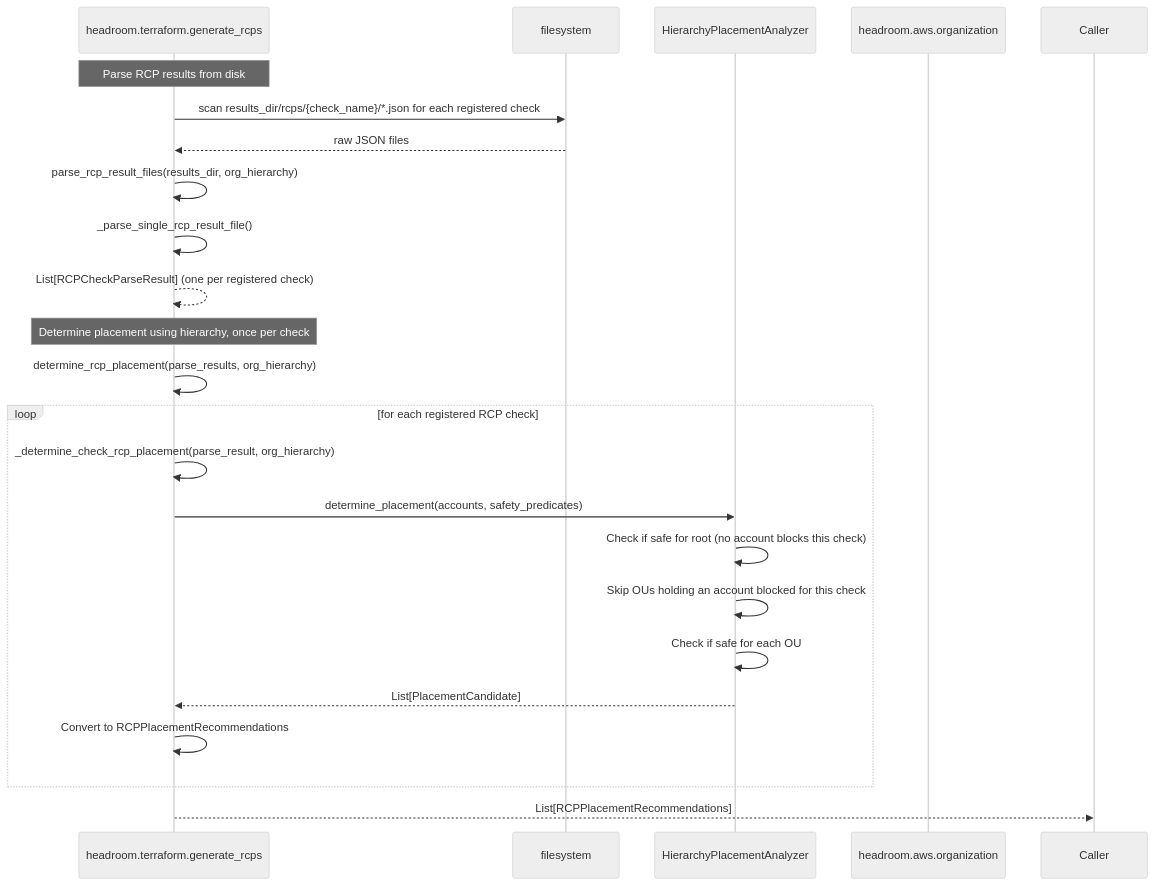
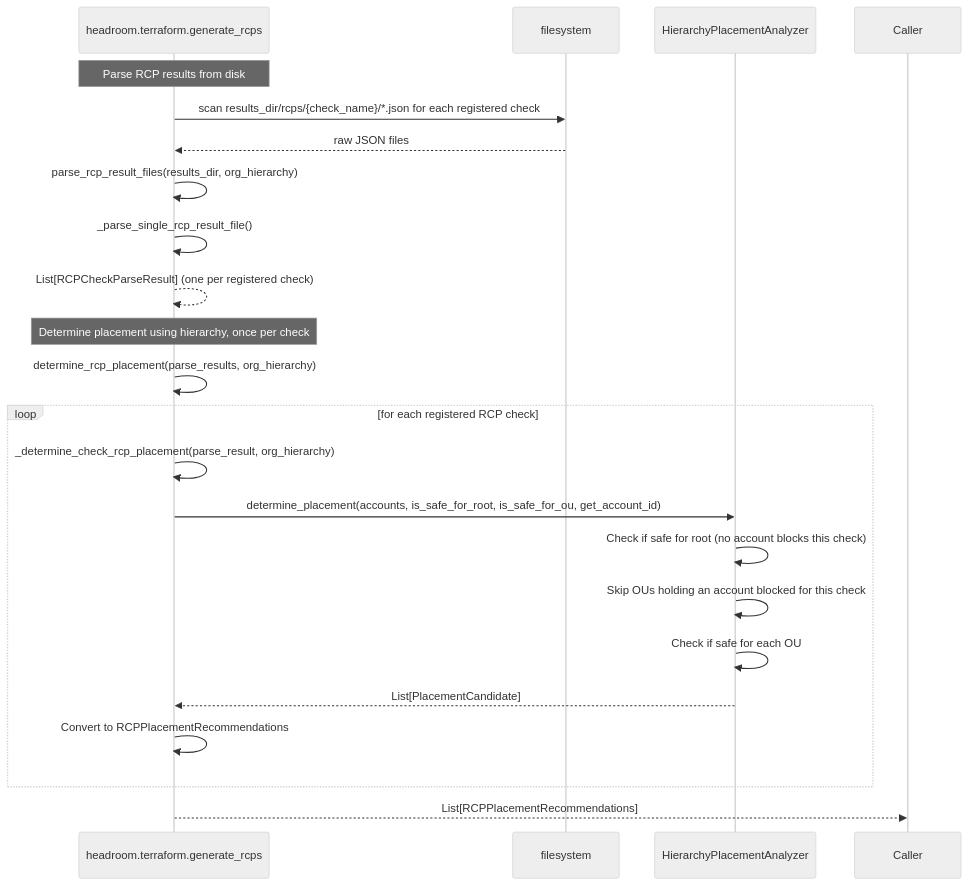
One commit to discocrayon/Headroom changed the fourth of 4 diagrams in documentation/mermaid_diagrams/sequences.md. Above: the diagram before and after it, drawn with Mermaid (neutral theme). The commit also changed other lines of this file and 134 other files, not shown here.

````diff
--- a/documentation/mermaid_diagrams/sequences.md
+++ b/documentation/mermaid_diagrams/sequences.md
@@ -138,27 +142,26 @@
 ```mermaid
 sequenceDiagram
   participant GenRCP as headroom.terraform.generate_rcps
   participant FS as filesystem
   participant Hierarchy as HierarchyPlacementAnalyzer
-  participant Org as headroom.aws.organization
 
   Note over GenRCP: Parse RCP results from disk
   GenRCP->>FS: scan results_dir/rcps/{check_name}/*.json for each registered check
   FS-->>GenRCP: raw JSON files
   GenRCP->>GenRCP: parse_rcp_result_files(results_dir, org_hierarchy)
   GenRCP->>GenRCP: _parse_single_rcp_result_file()
   GenRCP-->>GenRCP: List[RCPCheckParseResult] (one per registered check)
 
   Note over GenRCP: Determine placement using hierarchy, once per check
   GenRCP->>GenRCP: determine_rcp_placement(parse_results, org_hierarchy)
   loop for each registered RCP check
     GenRCP->>GenRCP: _determine_check_rcp_placement(parse_result, org_hierarchy)
-    GenRCP->>Hierarchy: determine_placement(accounts, safety_predicates)
+    GenRCP->>Hierarchy: determine_placement(accounts, is_safe_for_root, is_safe_for_ou, get_account_id)
     Hierarchy->>Hierarchy: Check if safe for root (no account blocks this check)
     Hierarchy->>Hierarchy: Skip OUs holding an account blocked for this check
     Hierarchy->>Hierarchy: Check if safe for each OU
     Hierarchy-->>GenRCP: List[PlacementCandidate]
     GenRCP->>GenRCP: Convert to RCPPlacementRecommendations
   end
   GenRCP-->>Caller: List[RCPPlacementRecommendations]
 ```
````
